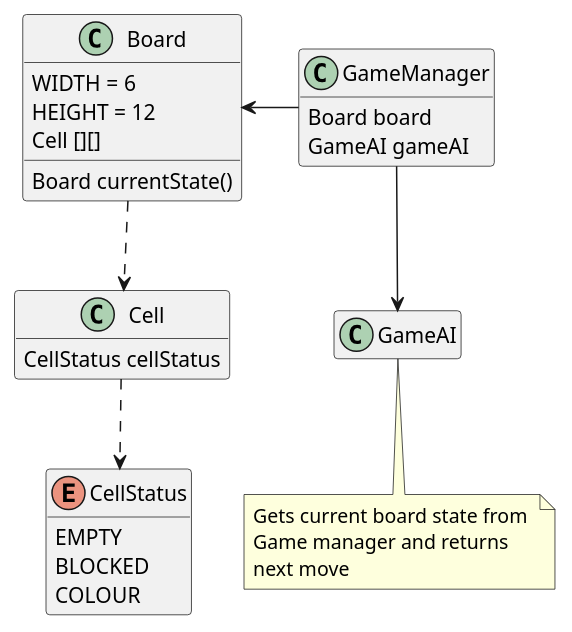
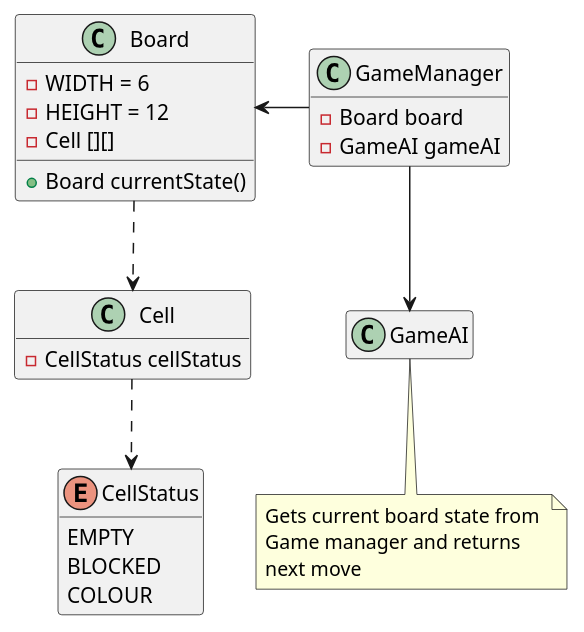
One commit to binu-manoharan/CGBF changed the diagram in docs/game-structure.puml. Above: the diagram before and after it, drawn with PlantUML. The commit also changed 1 other file, not shown here.

Commit message:
Add class diagrams

```diff
--- a/docs/game-structure.puml
+++ b/docs/game-structure.puml
@@ -1,41 +1,41 @@
 @startuml
 
 hide empty fields
 hide empty methods
 
 class GameManager {
-    Board board
-    GameAI gameAI
+    - Board board
+    - GameAI gameAI
 }
 
 class Board {
-    WIDTH = 6
-    HEIGHT = 12
-    Cell [][]
-    Board currentState()
+    - WIDTH = 6
+    - HEIGHT = 12
+    - Cell [][]
+    + Board currentState()
 }
 
 class Cell {
-    CellStatus cellStatus
+    - CellStatus cellStatus
 }
 
 enum CellStatus {
     EMPTY
     BLOCKED
     COLOUR
 }
 
 class GameAI {
 
 }
 
 Cell ..> CellStatus
 Board ..> Cell
 GameManager --l> Board
 GameManager --> GameAI
 
 note bottom of GameAI: Gets current board state from \
 \nGame manager and returns \
 \nnext move
 
 @enduml
```
